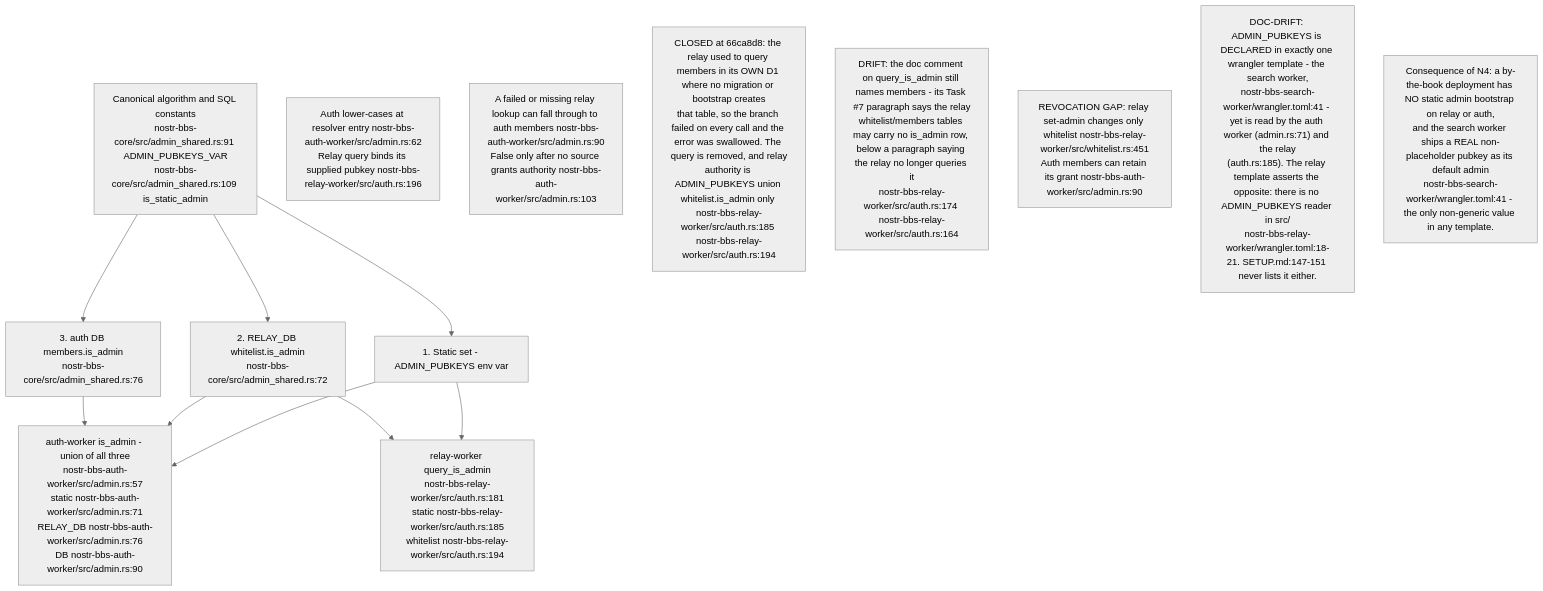
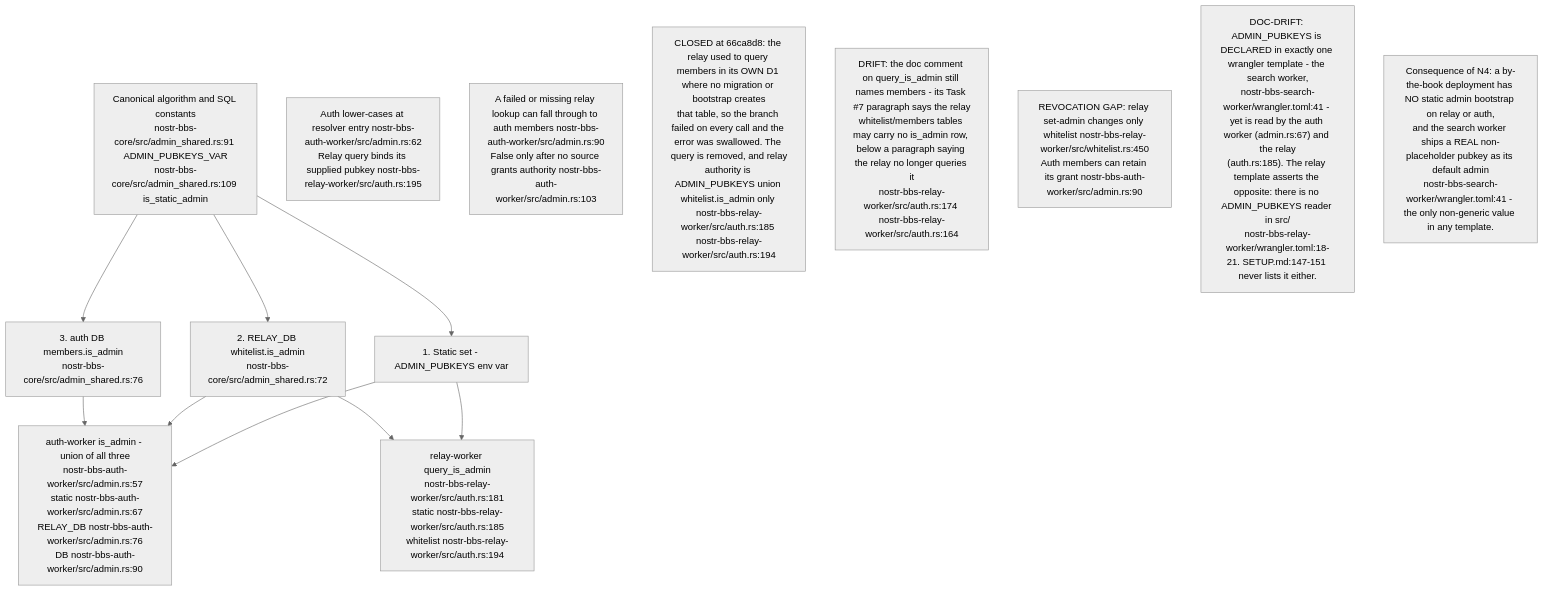
Before and after one commit to DreamLab-AI/VisionFlow: the seventh of 9 diagrams in docs/diagrams/nostr-rust-forum/08-config-zones-stores-and-admin-authority.md, drawn with Mermaid (neutral theme). The commit also changed other lines of this file and 91 other files, not shown here.

````diff
--- a/docs/diagrams/nostr-rust-forum/08-config-zones-stores-and-admin-authority.md
+++ b/docs/diagrams/nostr-rust-forum/08-config-zones-stores-and-admin-authority.md
@@ -247,21 +251,21 @@
 ```mermaid
 flowchart TB
     CANON["Canonical algorithm and SQL constants<br/>nostr-bbs-core/src/admin_shared.rs:91 ADMIN_PUBKEYS_VAR<br/>nostr-bbs-core/src/admin_shared.rs:109 is_static_admin"]
     S1["1. Static set - ADMIN_PUBKEYS env var"]
     S2["2. RELAY_DB whitelist.is_admin<br/>nostr-bbs-core/src/admin_shared.rs:72"]
     S3["3. auth DB members.is_admin<br/>nostr-bbs-core/src/admin_shared.rs:76"]
-    AUTHIS["auth-worker is_admin - union of all three<br/>nostr-bbs-auth-worker/src/admin.rs:57<br/>static nostr-bbs-auth-worker/src/admin.rs:71<br/>RELAY_DB nostr-bbs-auth-worker/src/admin.rs:76<br/>DB nostr-bbs-auth-worker/src/admin.rs:90"]
+    AUTHIS["auth-worker is_admin - union of all three<br/>nostr-bbs-auth-worker/src/admin.rs:57<br/>static nostr-bbs-auth-worker/src/admin.rs:67<br/>RELAY_DB nostr-bbs-auth-worker/src/admin.rs:76<br/>DB nostr-bbs-auth-worker/src/admin.rs:90"]
     RELIS["relay-worker query_is_admin<br/>nostr-bbs-relay-worker/src/auth.rs:181<br/>static nostr-bbs-relay-worker/src/auth.rs:185<br/>whitelist nostr-bbs-relay-worker/src/auth.rs:194"]
 
     CANON --> S1 & S2 & S3
     S1 & S2 & S3 --> AUTHIS
     S1 & S2 --> RELIS
 
-    N1["Auth lower-cases at resolver entry nostr-bbs-auth-worker/src/admin.rs:62<br/>Relay query binds its supplied pubkey nostr-bbs-relay-worker/src/auth.rs:196"]
+    N1["Auth lower-cases at resolver entry nostr-bbs-auth-worker/src/admin.rs:62<br/>Relay query binds its supplied pubkey nostr-bbs-relay-worker/src/auth.rs:195"]
     N2["A failed or missing relay lookup can fall through to auth members nostr-bbs-auth-worker/src/admin.rs:90<br/>False only after no source grants authority nostr-bbs-auth-worker/src/admin.rs:103"]
     N3["CLOSED at 66ca8d8: the relay used to query members in its OWN D1 where no migration or bootstrap creates<br/>that table, so the branch failed on every call and the error was swallowed. The query is removed, and relay<br/>authority is ADMIN_PUBKEYS union whitelist.is_admin only nostr-bbs-relay-worker/src/auth.rs:185 nostr-bbs-relay-worker/src/auth.rs:194"]
     N3B["DRIFT: the doc comment on query_is_admin still names members - its Task #7 paragraph says the relay<br/>whitelist/members tables may carry no is_admin row, below a paragraph saying the relay no longer queries it<br/>nostr-bbs-relay-worker/src/auth.rs:174 nostr-bbs-relay-worker/src/auth.rs:164"]
-    N3C["REVOCATION GAP: relay set-admin changes only whitelist nostr-bbs-relay-worker/src/whitelist.rs:451<br/>Auth members can retain its grant nostr-bbs-auth-worker/src/admin.rs:90"]
-    N4["DOC-DRIFT: ADMIN_PUBKEYS is DECLARED in exactly one wrangler template - the search worker,<br/>nostr-bbs-search-worker/wrangler.toml:41 - yet is read by the auth worker (admin.rs:71) and the relay<br/>(auth.rs:185). The relay template asserts the opposite: there is no ADMIN_PUBKEYS reader in src/<br/>nostr-bbs-relay-worker/wrangler.toml:18-21. SETUP.md:147-151 never lists it either."]
+    N3C["REVOCATION GAP: relay set-admin changes only whitelist nostr-bbs-relay-worker/src/whitelist.rs:450<br/>Auth members can retain its grant nostr-bbs-auth-worker/src/admin.rs:90"]
+    N4["DOC-DRIFT: ADMIN_PUBKEYS is DECLARED in exactly one wrangler template - the search worker,<br/>nostr-bbs-search-worker/wrangler.toml:41 - yet is read by the auth worker (admin.rs:67) and the relay<br/>(auth.rs:185). The relay template asserts the opposite: there is no ADMIN_PUBKEYS reader in src/<br/>nostr-bbs-relay-worker/wrangler.toml:18-21. SETUP.md:147-151 never lists it either."]
     N5["Consequence of N4: a by-the-book deployment has NO static admin bootstrap on relay or auth,<br/>and the search worker ships a REAL non-placeholder pubkey as its default admin<br/>nostr-bbs-search-worker/wrangler.toml:41 - the only non-generic value in any template."]
 ```
````
